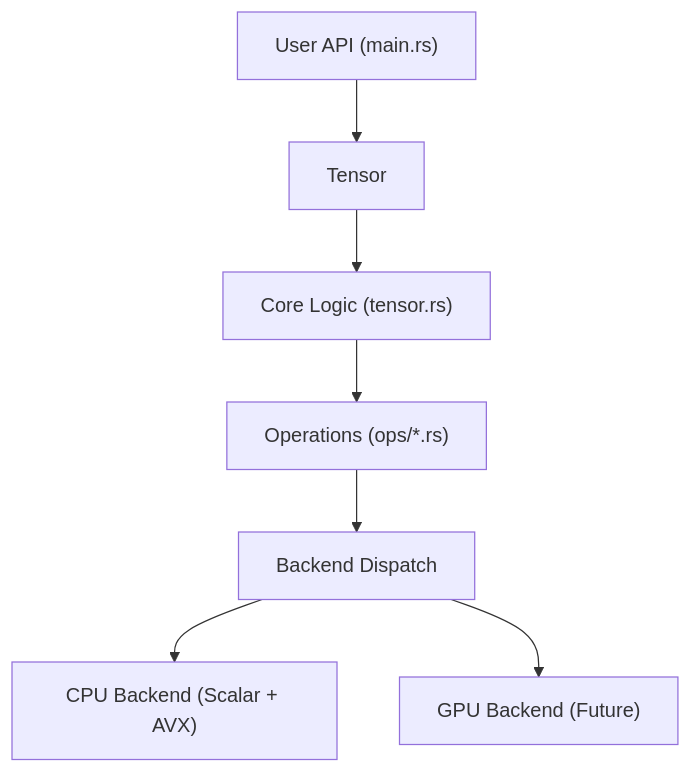
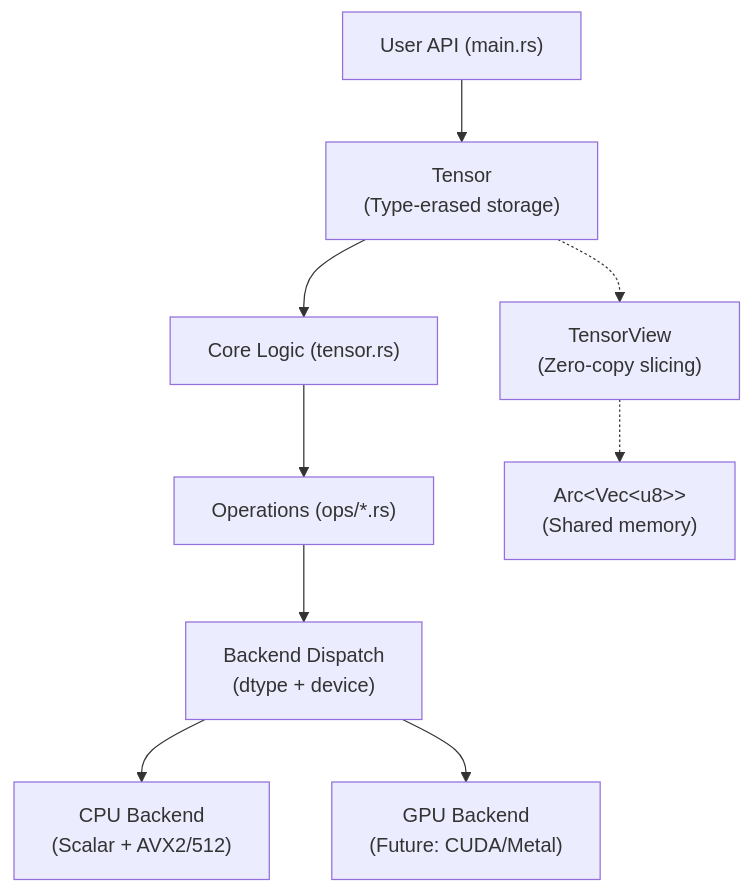
One commit to arunman1kandan/cobalt changed the diagram in notes/intro.md. Above: the diagram before and after it, drawn with Mermaid. The commit also changed other lines of this file and 14 other files, not shown here.

````diff
--- a/notes/intro.md
+++ b/notes/intro.md
@@ -15,9 +22,12 @@
 ```mermaid
 graph TD
-    User["User API (main.rs)"] --> Tensor
+    User["User API (main.rs)"] --> Tensor["Tensor<br/>(Type-erased storage)"]
     Tensor --> Core["Core Logic (tensor.rs)"]
     Core --> Ops["Operations (ops/*.rs)"]
-    Ops --> Dispatch["Backend Dispatch"]
-    Dispatch --> CPU["CPU Backend (Scalar + AVX)"]
-    Dispatch --> GPU["GPU Backend (Future)"]
+    Ops --> Dispatch["Backend Dispatch<br/>(dtype + device)"]
+    Dispatch --> CPU["CPU Backend<br/>(Scalar + AVX2/512)"]
+    Dispatch --> GPU["GPU Backend<br/>(Future: CUDA/Metal)"]
+    
+    Tensor -.-> View["TensorView<br/>(Zero-copy slicing)"]
+    View -.-> Arc["Arc&lt;Vec&lt;u8&gt;&gt;<br/>(Shared memory)"]
 ```
````
